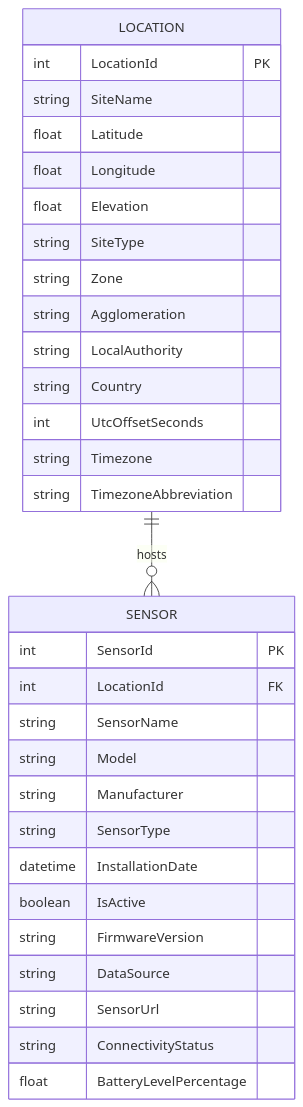
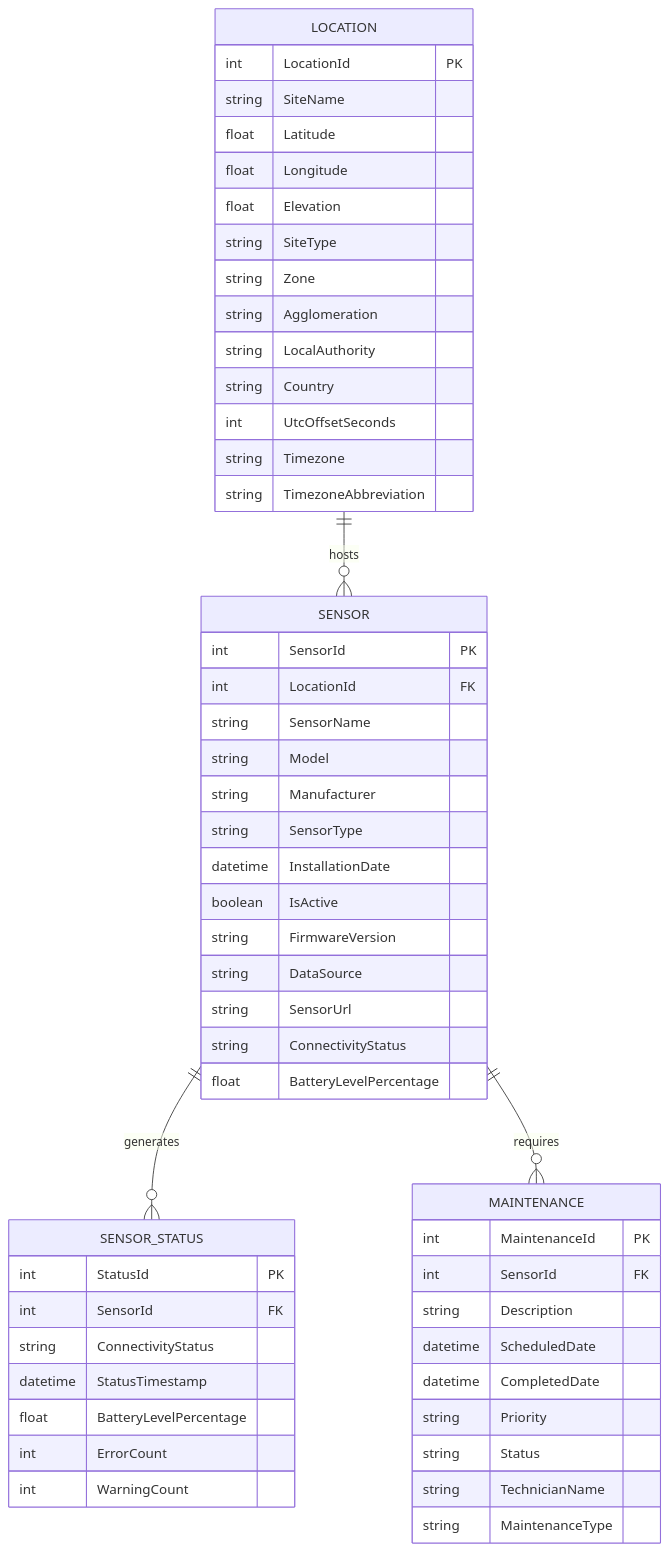
The diagram in docs/sensorERD.md (40626785/Environment-Manager), drawn with Mermaid before and after one commit. The commit also changed 1 other file, not shown here.

Commit message:
Add sensor monitoring documentation: expand ERD and add class diagram

````diff
--- a/docs/sensorERD.md
+++ b/docs/sensorERD.md
@@ -1,36 +1,60 @@
 ```mermaid
 erDiagram
     LOCATION ||--o{ SENSOR : hosts
+    SENSOR ||--o{ SENSOR_STATUS : generates
+    SENSOR ||--o{ MAINTENANCE : requires
     
     LOCATION {
         int LocationId PK
         string SiteName
         float Latitude
         float Longitude
         float Elevation
         string SiteType
         string Zone
         string Agglomeration
         string LocalAuthority
         string Country
         int UtcOffsetSeconds
         string Timezone
         string TimezoneAbbreviation
     }
     
     SENSOR {
         int SensorId PK
         int LocationId FK
         string SensorName
         string Model
         string Manufacturer
         string SensorType
         datetime InstallationDate
         boolean IsActive
         string FirmwareVersion
         string DataSource
         string SensorUrl
         string ConnectivityStatus
         float BatteryLevelPercentage
     }
+
+    SENSOR_STATUS {
+        int StatusId PK
+        int SensorId FK
+        string ConnectivityStatus
+        datetime StatusTimestamp
+        float BatteryLevelPercentage
+        int ErrorCount
+        int WarningCount
+    }
+
+    MAINTENANCE {
+        int MaintenanceId PK
+        int SensorId FK
+        string Description
+        datetime ScheduledDate
+        datetime CompletedDate
+        string Priority
+        string Status
+        string TechnicianName
+        string MaintenanceType
+    }
 ```
````
